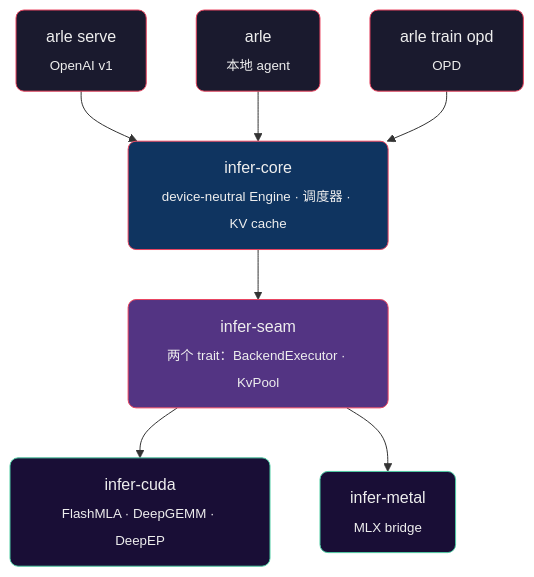
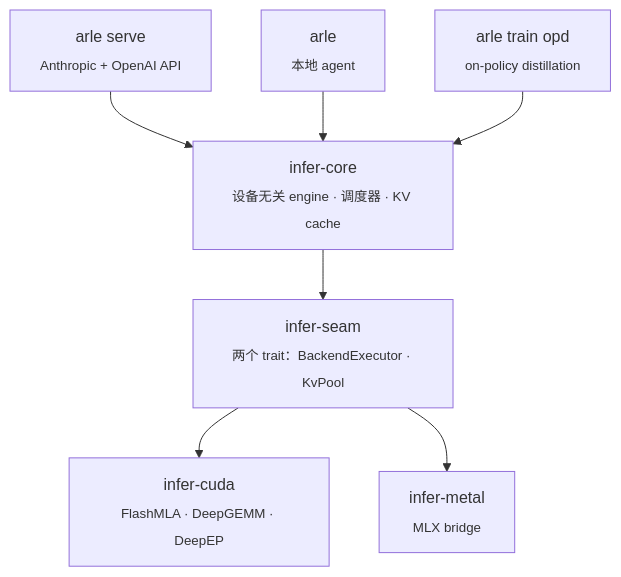
Before and after one commit to acupof-ai/arle: the diagram in README.zh-CN.md, drawn with Mermaid. The commit also changed other lines of this file and 2 other files, not shown here.

First line of the commit message:
docs(readme): lead with the coding-agent server and the per-turn TTFT table

````diff
--- a/README.zh-CN.md
+++ b/README.zh-CN.md
@@ -135,30 +159,16 @@
 ```mermaid
 flowchart TB
- classDef entry fill:#1a1a2e,stroke:#e94560,color:#eee,rx:8,ry:8
- classDef core fill:#0f3460,stroke:#e94560,color:#eee,rx:8,ry:8
- classDef seam fill:#533483,stroke:#e94560,color:#eee,rx:8,ry:8
- classDef exec fill:#190e36,stroke:#4ecca3,color:#eee,rx:8,ry:8
-
- Serve["arle serve<br/><sub>OpenAI v1</sub>"]
+ Serve["arle serve<br/><sub>Anthropic + OpenAI API</sub>"]
  Agent["arle<br/><sub>本地 agent</sub>"]
- Train["arle train opd<br/><sub>OPD</sub>"]
-
- Core["infer-core<br/><sub>device-neutral Engine · 调度器 · KV cache</sub>"]
-
+ Train["arle train opd<br/><sub>on-policy distillation</sub>"]
+ Core["infer-core<br/><sub>设备无关 engine · 调度器 · KV cache</sub>"]
  Seam["infer-seam<br/><sub>两个 trait：BackendExecutor · KvPool</sub>"]
-
  CUDA["infer-cuda<br/><sub>FlashMLA · DeepGEMM · DeepEP</sub>"]
  Metal["infer-metal<br/><sub>MLX bridge</sub>"]
-
  Serve --> Core
  Agent --> Core
  Train --> Core
  Core --> Seam
  Seam --> CUDA
  Seam --> Metal
-
- class Serve,Agent,Train entry
- class Core core
- class Seam seam
- class CUDA,Metal exec
 ```
````
